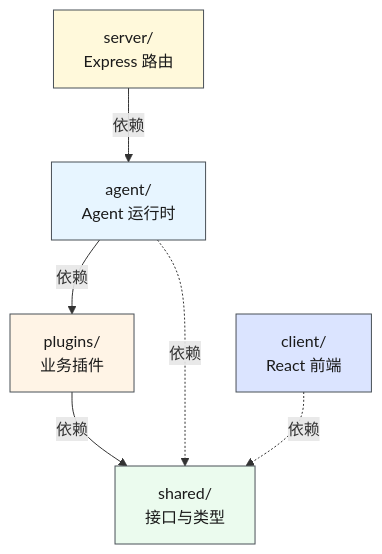
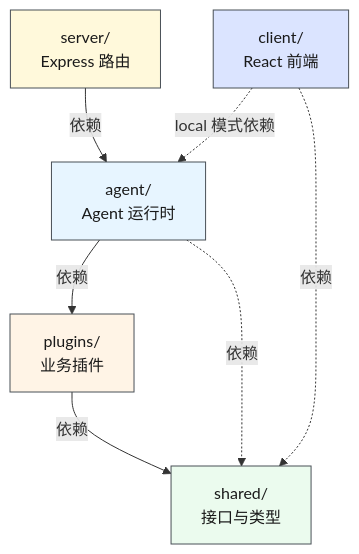
One commit to yjzaaa/leave-approval-agent changed the second of 7 diagrams in CLAUDE.md. Above: the diagram before and after it, drawn with Mermaid. The commit also changed other lines of this file and 8 other files, not shown here.

````diff
--- a/CLAUDE.md
+++ b/CLAUDE.md
@@ -64,20 +65,21 @@
 ```mermaid
 graph TD
     Server["server/<br/>Express 路由"]
     Agent["agent/<br/>Agent 运行时"]
     Plugins["plugins/<br/>业务插件"]
     Client["client/<br/>React 前端"]
     Shared["shared/<br/>接口与类型"]
 
     Server -->|"依赖"| Agent
     Agent -->|"依赖"| Plugins
     Plugins -->|"依赖"| Shared
     Agent -.->|"依赖"| Shared
     Client -.->|"依赖"| Shared
+    Client -.->|"local 模式依赖"| Agent
 
     style Server fill:#fff9db,stroke:#495057,color:#1a1a1a
     style Agent fill:#e7f5ff,stroke:#495057,color:#1a1a1a
     style Plugins fill:#fff4e6,stroke:#495057,color:#1a1a1a
     style Client fill:#dbe4ff,stroke:#495057,color:#1a1a1a
     style Shared fill:#ebfbee,stroke:#495057,color:#1a1a1a
 ```
````
